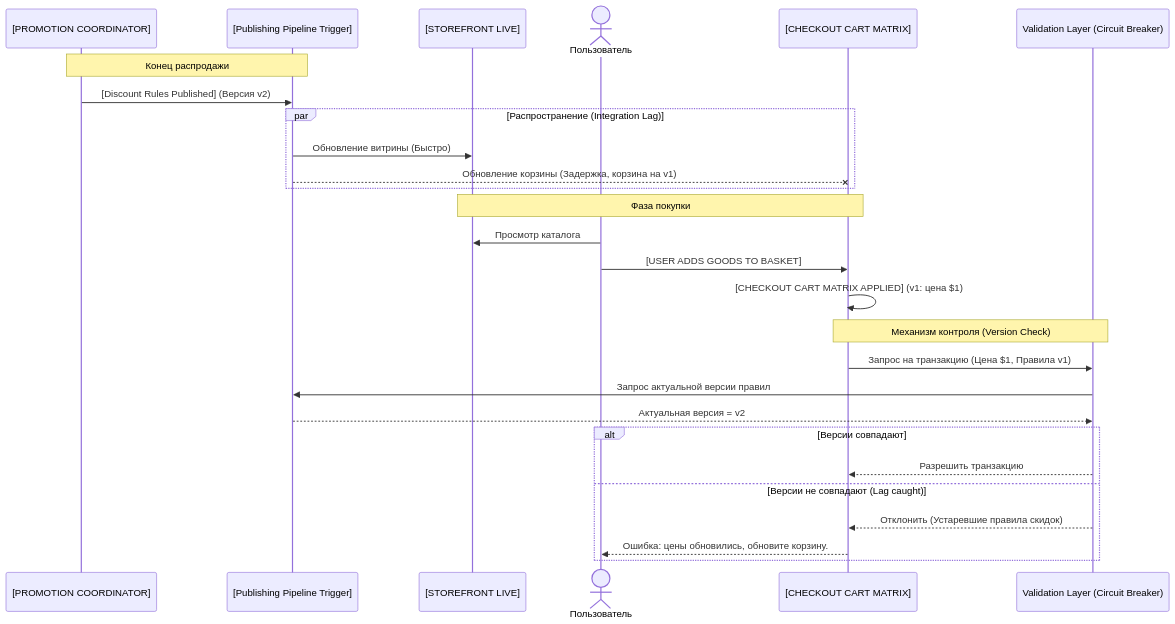
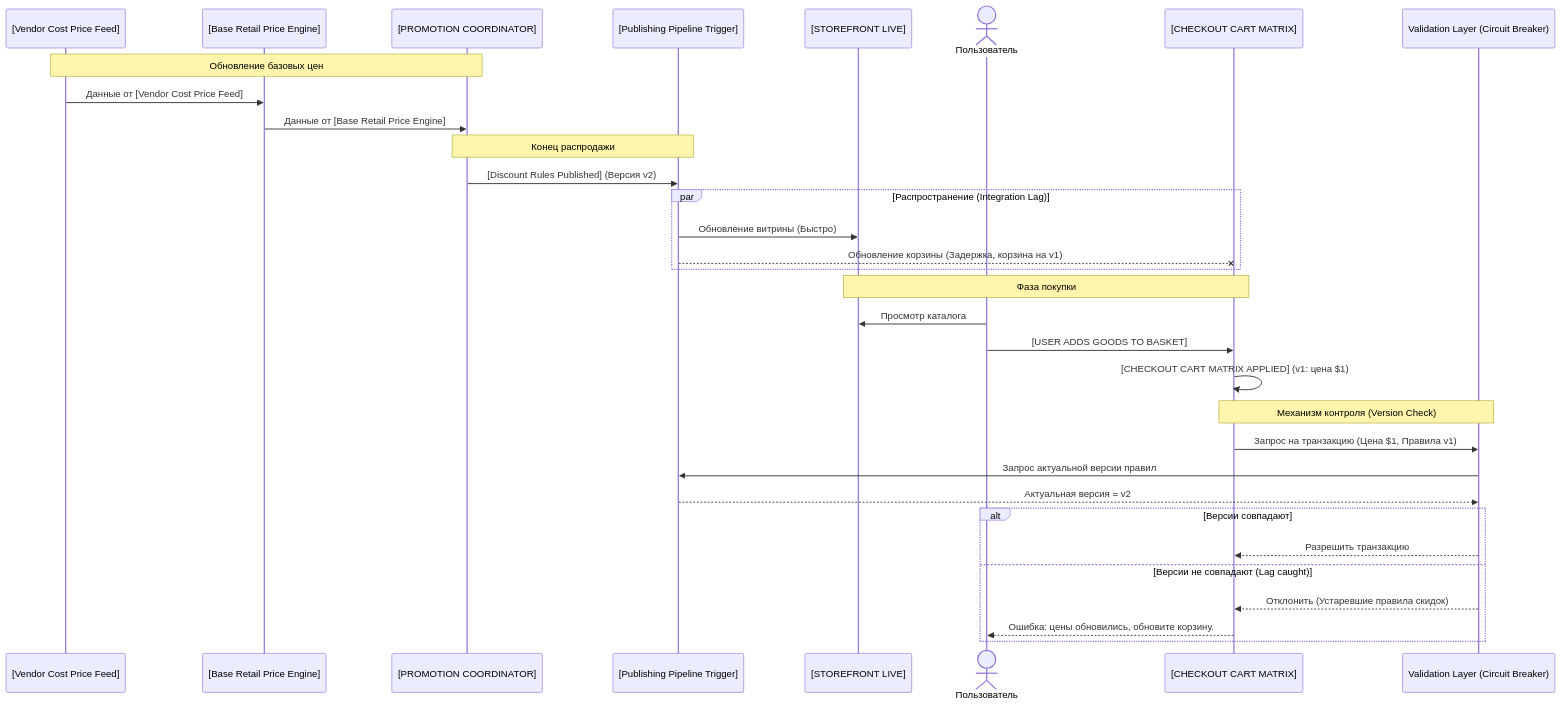
One commit to Isnob/ecommerce-architecture-challenge changed the second of 3 diagrams in README.md. Above: the diagram before and after it, drawn with Mermaid. The commit also changed other lines of this file, not shown here.

Commit message:
Fix Mermaid diagrams: Include Feed and Engine in Variant 1, connect Feed to Engine in Variant 2

````diff
--- a/README.md
+++ b/README.md
@@ -82,34 +82,40 @@
 ```mermaid
 sequenceDiagram
+    participant Feed as [Vendor Cost Price Feed]
+    participant Engine as [Base Retail Price Engine]
     participant Promo as [PROMOTION COORDINATOR]
     participant Pipeline as [Publishing Pipeline Trigger]
     participant SF as [STOREFRONT LIVE]
     actor User as Пользователь
     participant Cart as [CHECKOUT CART MATRIX]
     participant Val as Validation Layer (Circuit Breaker)
+
+    Note over Feed, Promo: Обновление базовых цен
+    Feed->>Engine: Данные от [Vendor Cost Price Feed]
+    Engine->>Promo: Данные от [Base Retail Price Engine]
 
     Note over Promo, Pipeline: Конец распродажи
     Promo->>Pipeline: [Discount Rules Published] (Версия v2)
     
     par Распространение (Integration Lag)
         Pipeline->>SF: Обновление витрины (Быстро)
         Pipeline--xCart: Обновление корзины (Задержка, корзина на v1)
     end
     
     Note over SF, Cart: Фаза покупки
     User->>SF: Просмотр каталога
     User->>Cart: [USER ADDS GOODS TO BASKET]
     Cart->>Cart: [CHECKOUT CART MATRIX APPLIED] (v1: цена $1)
     
     Note over Cart,Val: Механизм контроля (Version Check)
     Cart->>Val: Запрос на транзакцию (Цена $1, Правила v1)
     Val->>Pipeline: Запрос актуальной версии правил
     Pipeline-->>Val: Актуальная версия = v2
     
     alt Версии совпадают
         Val-->>Cart: Разрешить транзакцию
     else Версии не совпадают (Lag caught)
         Val-->>Cart: Отклонить (Устаревшие правила скидок)
         Cart-->>User: Ошибка: цены обновились, обновите корзину.
     end
 ```
````
